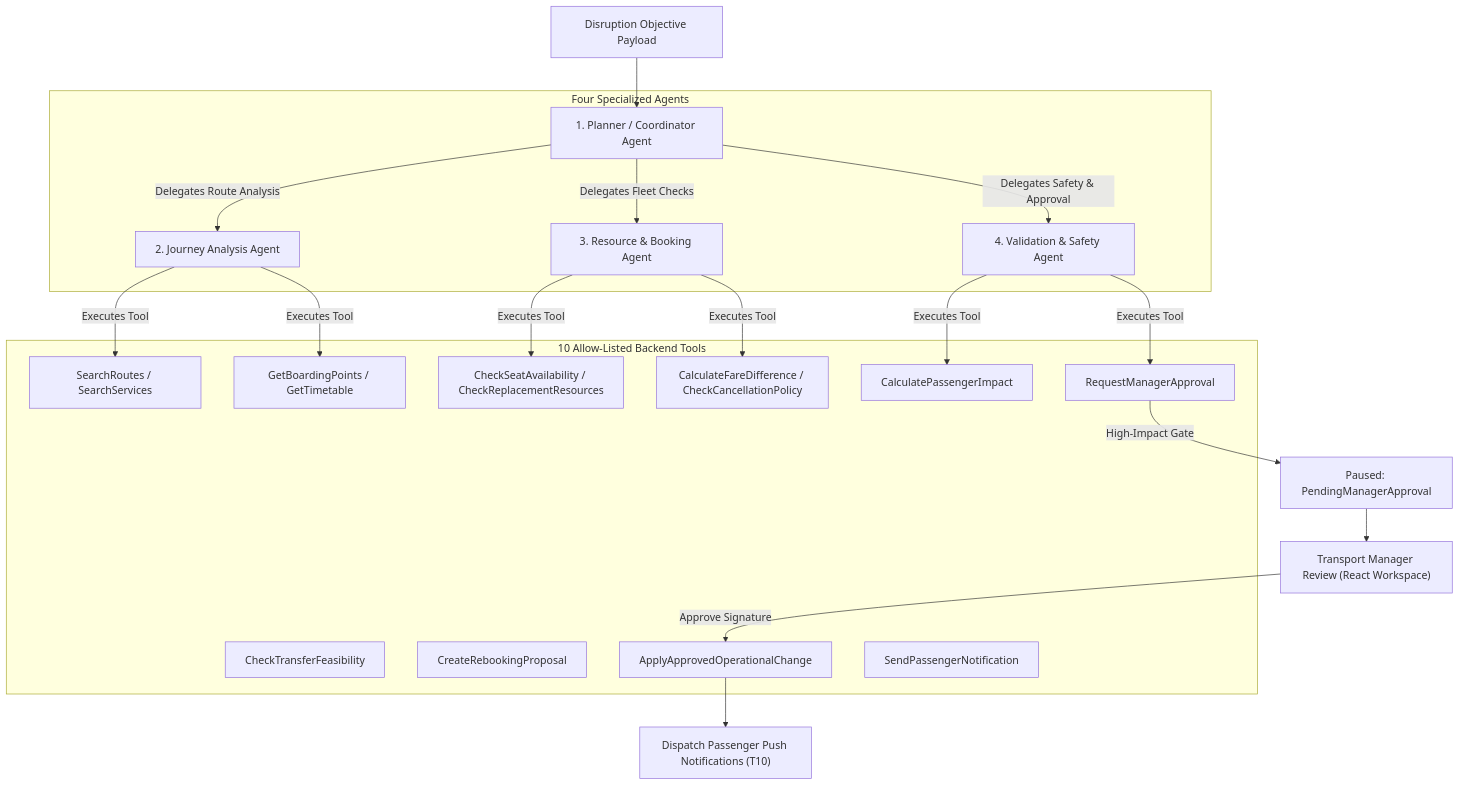
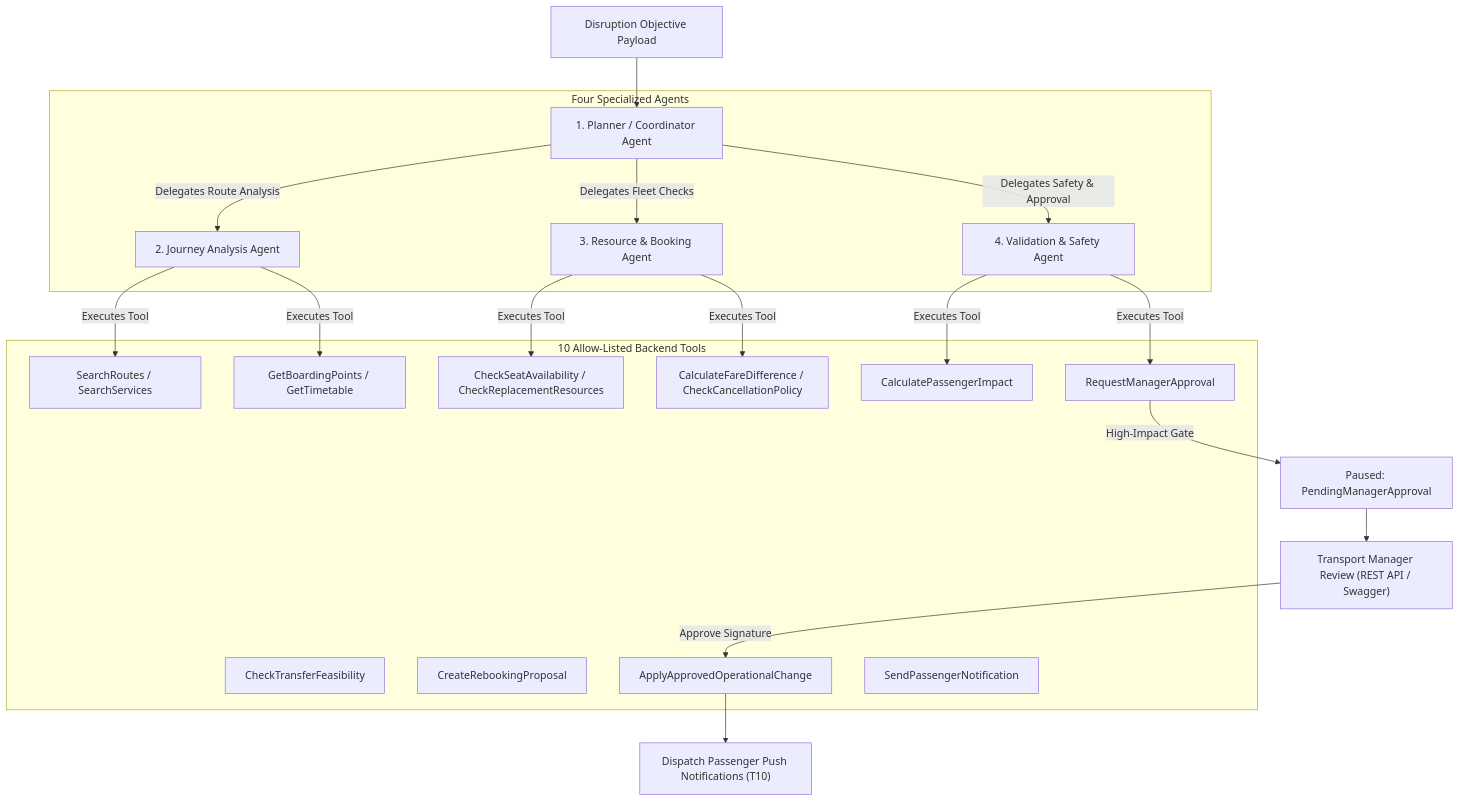
One commit to NuhadhMohomed/WayPoint changed the diagram in docs/architecture/diagrams/05-ai-multi-agent-workflow.mermaid. Above: the diagram before and after it, drawn with Mermaid. The commit also changed 266 other files, not shown here.

```diff
--- a/docs/architecture/diagrams/05-ai-multi-agent-workflow.mermaid
+++ b/docs/architecture/diagrams/05-ai-multi-agent-workflow.mermaid
@@ -1,33 +1,33 @@
 graph TD
     Objective["Disruption Objective Payload"] --> Planner["1. Planner / Coordinator Agent"]
 
     subgraph Agents["Four Specialized Agents"]
         Planner -->|Delegates Route Analysis| JourneyAgent["2. Journey Analysis Agent"]
         Planner -->|Delegates Fleet Checks| ResourceAgent["3. Resource & Booking Agent"]
         Planner -->|Delegates Safety & Approval| SafetyAgent["4. Validation & Safety Agent"]
     end
 
     subgraph AllowListedTools["10 Allow-Listed Backend Tools"]
         T1["SearchRoutes / SearchServices"]
         T2["GetBoardingPoints / GetTimetable"]
         T3["CheckTransferFeasibility"]
         T4["CheckSeatAvailability / CheckReplacementResources"]
         T5["CalculateFareDifference / CheckCancellationPolicy"]
         T6["CreateRebookingProposal"]
         T7["CalculatePassengerImpact"]
         T8["RequestManagerApproval"]
         T9["ApplyApprovedOperationalChange"]
         T10["SendPassengerNotification"]
     end
 
     JourneyAgent -->|Executes Tool| T1
     JourneyAgent -->|Executes Tool| T2
     ResourceAgent -->|Executes Tool| T4
     ResourceAgent -->|Executes Tool| T5
     SafetyAgent -->|Executes Tool| T7
     SafetyAgent -->|Executes Tool| T8
 
     T8 -->|High-Impact Gate| ApprovalState["Paused: PendingManagerApproval"]
-    ApprovalState --> Manager["Transport Manager Review (React Workspace)"]
+    ApprovalState --> Manager["Transport Manager Review (REST API / Swagger)"]
     Manager -->|Approve Signature| T9
     T9 --> Notifications["Dispatch Passenger Push Notifications (T10)"]
```
